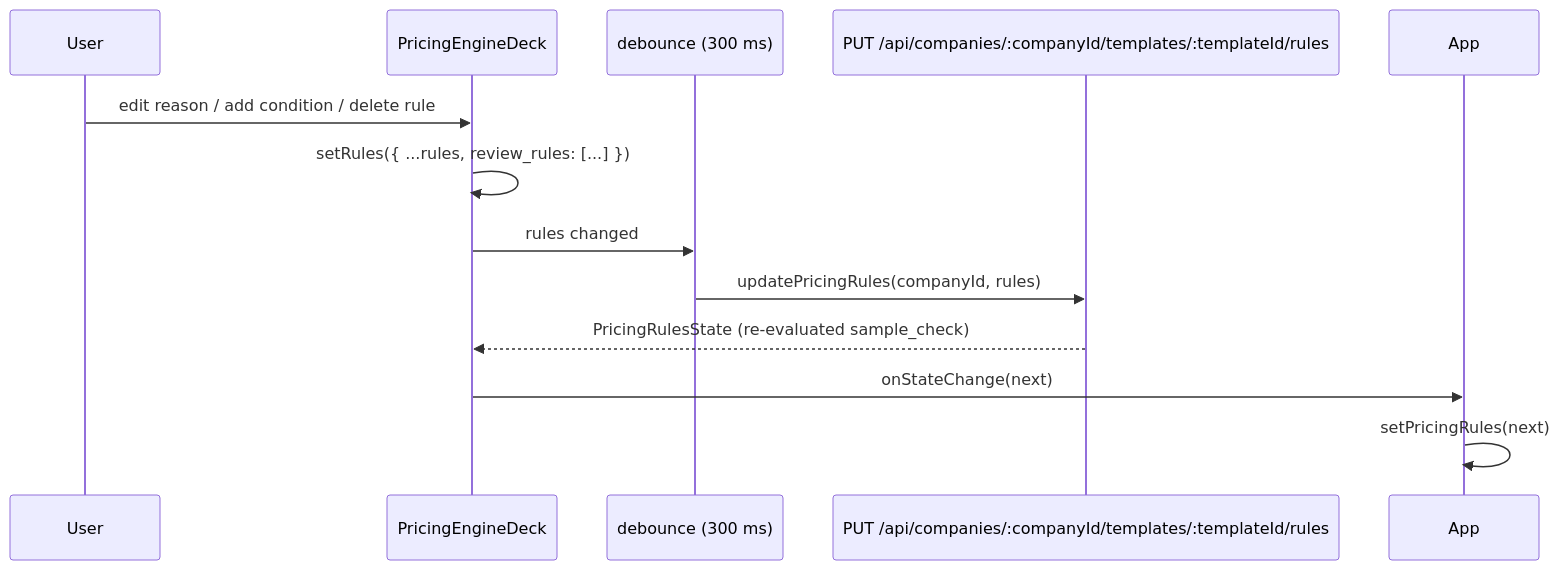
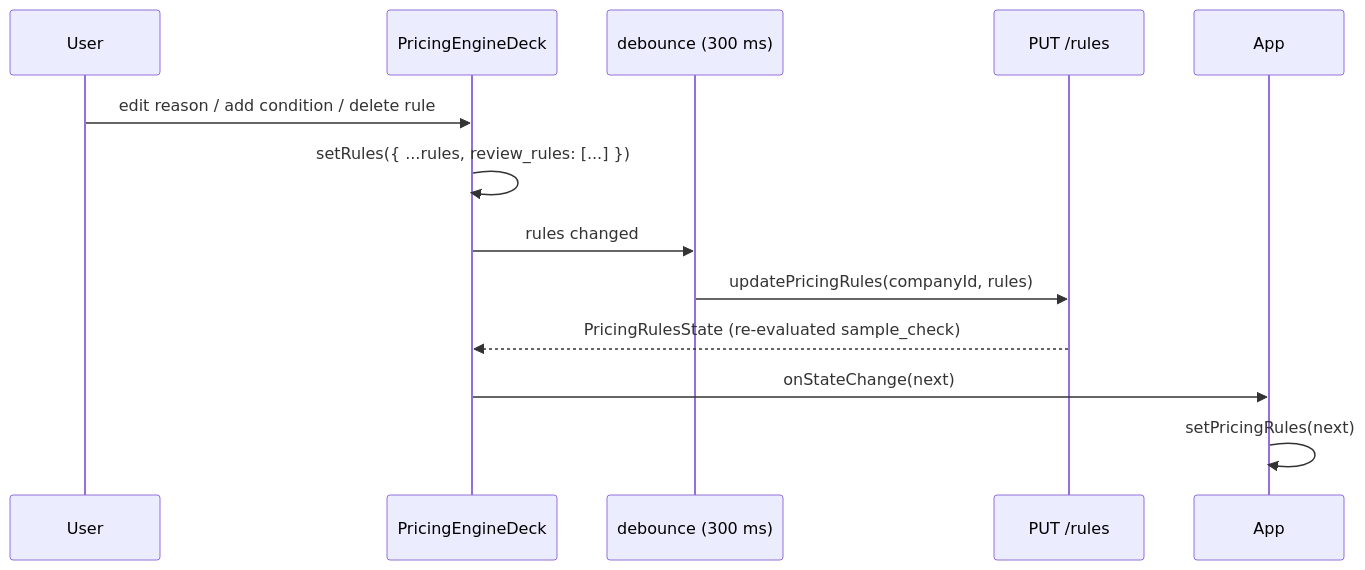
The diagram in docs/features/review-rules.md (techiemaya-admin/lad-feature-auto-proposal), drawn with Mermaid before and after one commit. The commit also changed other lines of this file and 9 other files, not shown here.

````diff
--- a/docs/features/review-rules.md
+++ b/docs/features/review-rules.md
@@ -243,16 +66,16 @@
 ```mermaid
 sequenceDiagram
     participant User
     participant PricingEngineDeck
     participant debounce as debounce (300 ms)
-    participant API as PUT /api/companies/:companyId/templates/:templateId/rules
+    participant API as PUT /rules
     participant App
 
     User->>PricingEngineDeck: edit reason / add condition / delete rule
     PricingEngineDeck->>PricingEngineDeck: setRules({ ...rules, review_rules: [...] })
     PricingEngineDeck->>debounce: rules changed
     debounce->>API: updatePricingRules(companyId, rules)
     API-->>PricingEngineDeck: PricingRulesState (re-evaluated sample_check)
     PricingEngineDeck->>App: onStateChange(next)
     App->>App: setPricingRules(next)
 ```
````
